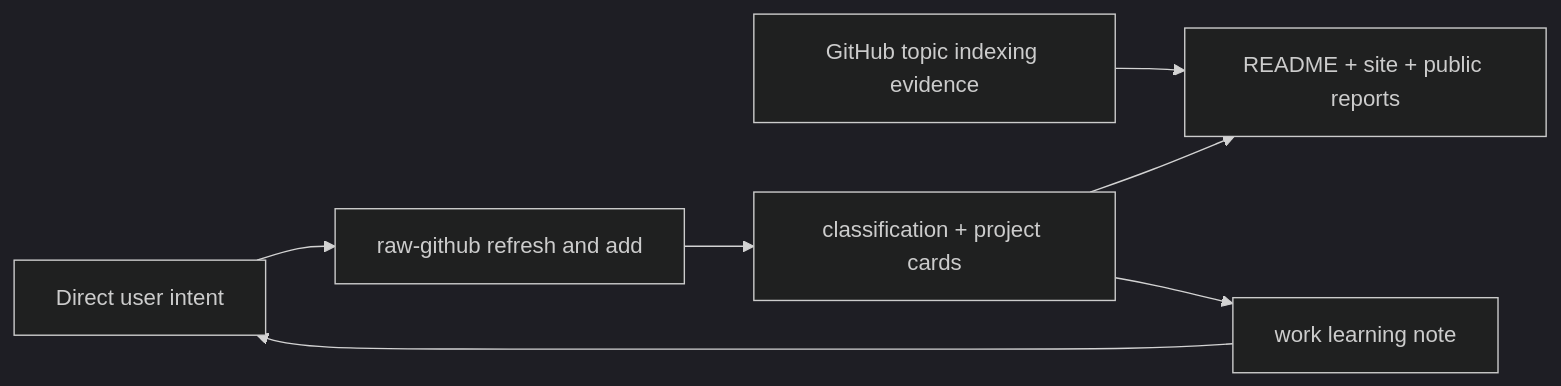
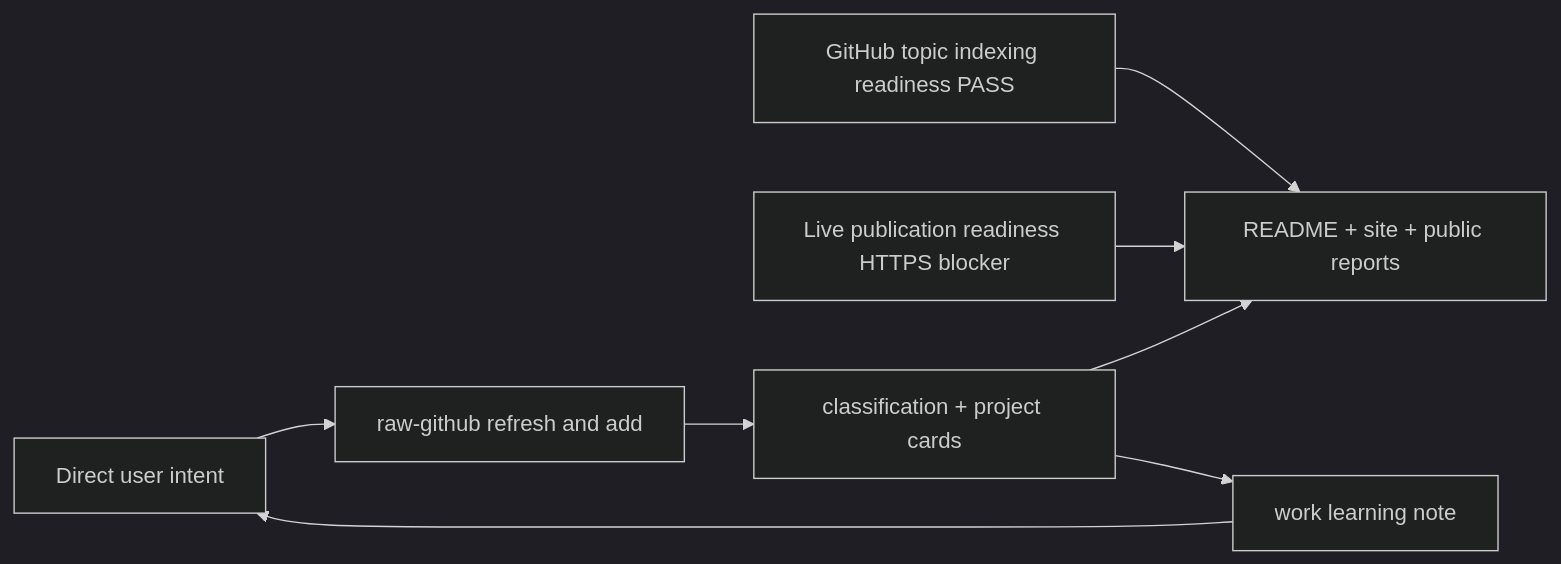
Before and after one commit to Shiyao-Huang/awesome-agent-evolution: the diagram in .mermaid/current/graph.mmd, drawn with Mermaid (dark theme). The commit also changed 42 other files, not shown here.

Commit message:
reports: add GitHub topic readiness audits

```diff
--- a/.mermaid/current/graph.mmd
+++ b/.mermaid/current/graph.mmd
@@ -1,7 +1,8 @@
 flowchart LR
   INTENT["Direct user intent"] --> RAW["raw-github refresh and add"]
-  TOPIC["GitHub topic indexing evidence"] --> SITE["README + site + public reports"]
+  TOPIC["GitHub topic indexing readiness PASS"] --> SITE["README + site + public reports"]
+  HTTPS["Live publication readiness HTTPS blocker"] --> SITE
   RAW --> PROC["classification + project cards"]
   PROC --> SITE
   PROC --> NOTE["work learning note"]
   NOTE --> INTENT
```
